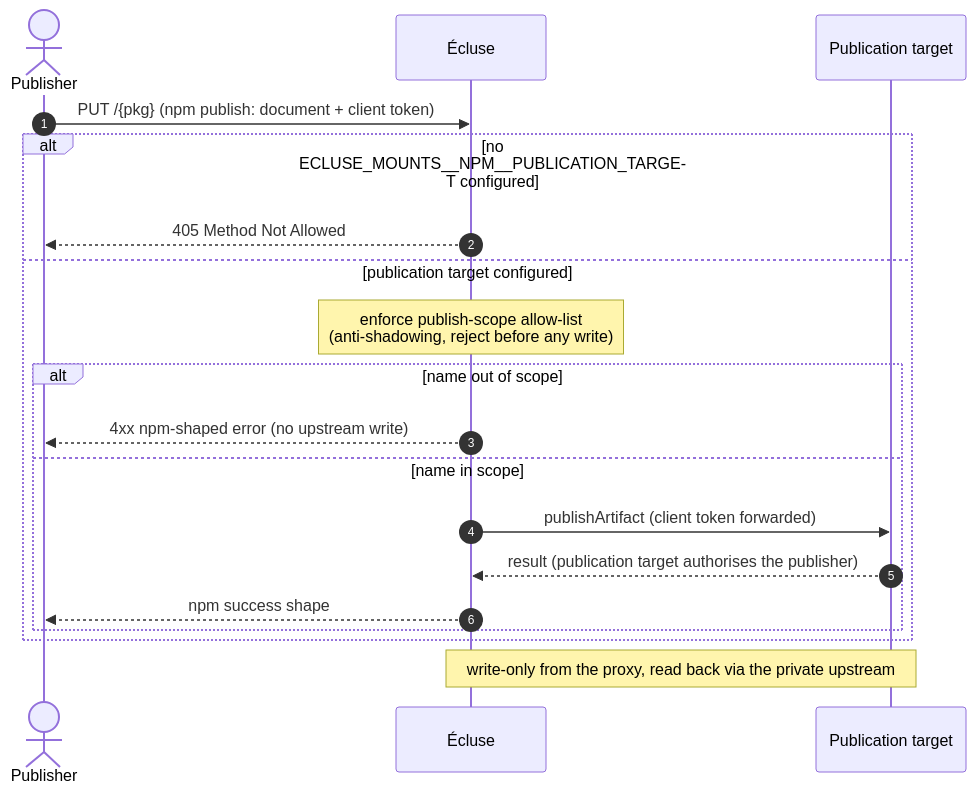
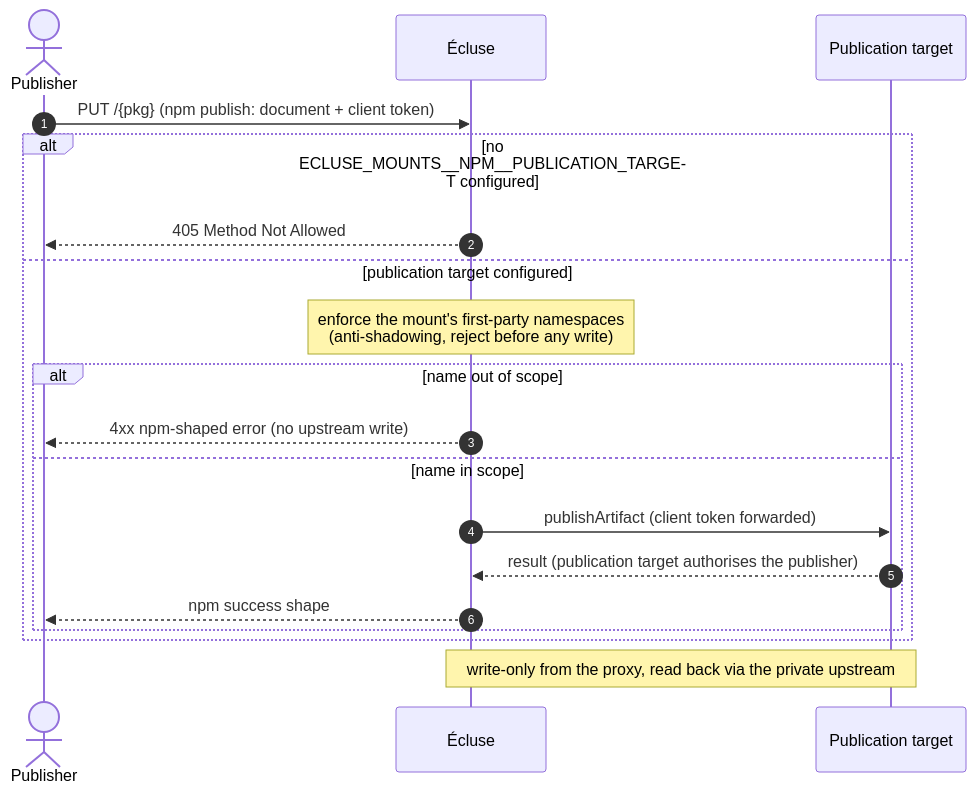
One commit to AlexaDeWit/Ecluse changed the first of 3 diagrams in docs/architecture/registry-model.md. Above: the diagram before and after it, drawn with Mermaid. The commit also changed other lines of this file and 39 other files, not shown here.

First line of the commit message:
feat(config): make the first-party namespace a privilege at serve and publish (#1138)

````diff
--- a/docs/architecture/registry-model.md
+++ b/docs/architecture/registry-model.md
@@ -87,22 +87,22 @@
 ```mermaid
 sequenceDiagram
     autonumber
     actor Client as Publisher
     participant E as Écluse
     participant PubT as Publication target
 
     Client->>E: PUT /{pkg} (npm publish: document + client token)
     alt no ECLUSE_MOUNTS__NPM__PUBLICATION_TARGET configured
         E-->>Client: 405 Method Not Allowed
     else publication target configured
-        Note over E: enforce publish-scope allow-list<br/>(anti-shadowing, reject before any write)
+        Note over E: enforce the mount's first-party namespaces<br/>(anti-shadowing, reject before any write)
         alt name out of scope
             E-->>Client: 4xx npm-shaped error (no upstream write)
         else name in scope
             E->>PubT: publishArtifact (client token forwarded)
             PubT-->>E: result (publication target authorises the publisher)
             E-->>Client: npm success shape
         end
     end
     Note over E,PubT: write-only from the proxy, read back via the private upstream
 ```
````
